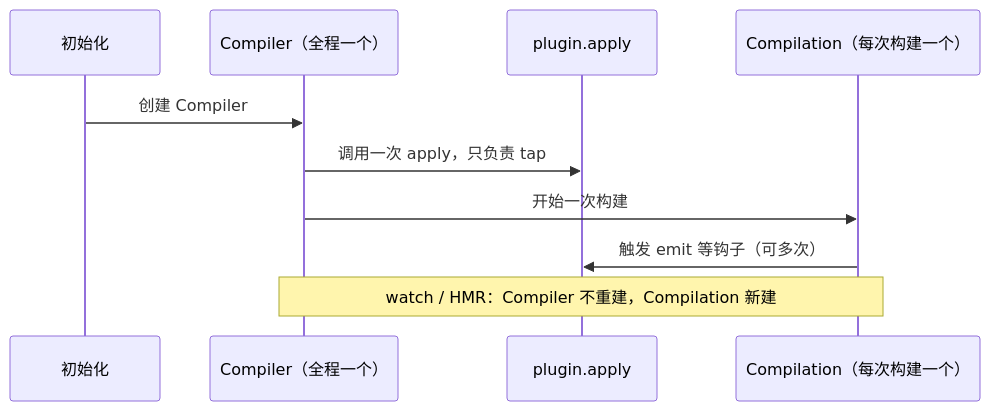
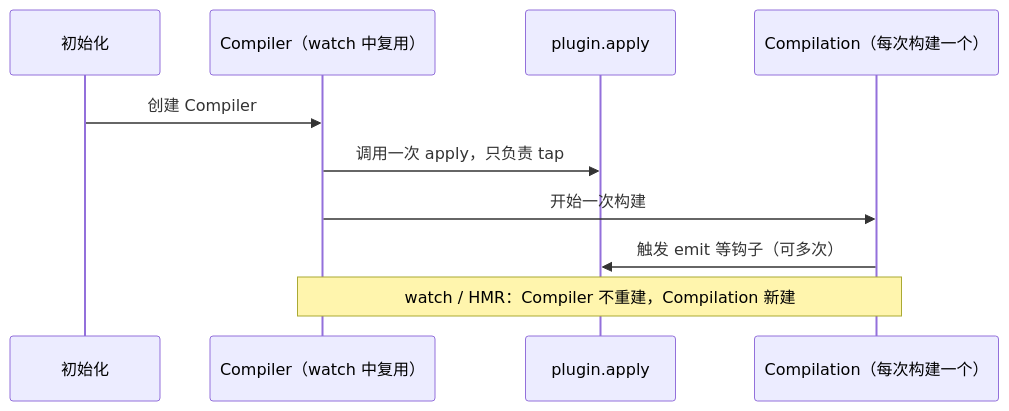
Before and after one commit to Jaxon1216/homepage: the fourth of 14 diagrams in content/posts/frontend-build-tools-evolution.mdx, drawn with Mermaid. The commit also changed other lines of this file, not shown here.

Commit message:
docs: correct webpack compiler and loader details

````diff
--- a/content/posts/frontend-build-tools-evolution.mdx
+++ b/content/posts/frontend-build-tools-evolution.mdx
@@ -341,12 +341,12 @@
 ```mermaid
 sequenceDiagram
   participant Init as 初始化
-  participant C as Compiler（全程一个）
+  participant C as Compiler（watch 中复用）
   participant P as plugin.apply
   participant Comp as Compilation（每次构建一个）
   Init->>C: 创建 Compiler
   C->>P: 调用一次 apply，只负责 tap
   C->>Comp: 开始一次构建
   Comp->>P: 触发 emit 等钩子（可多次）
   Note over C,Comp: watch / HMR：Compiler 不重建，Compilation 新建
 ```
````
